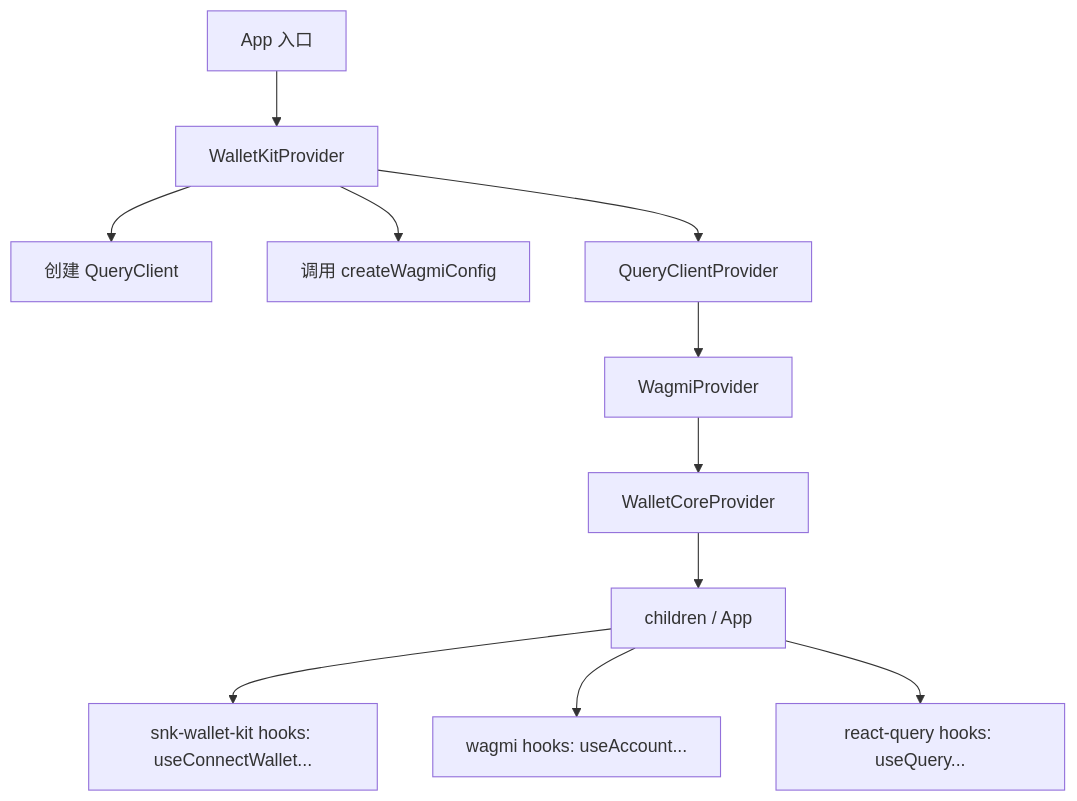
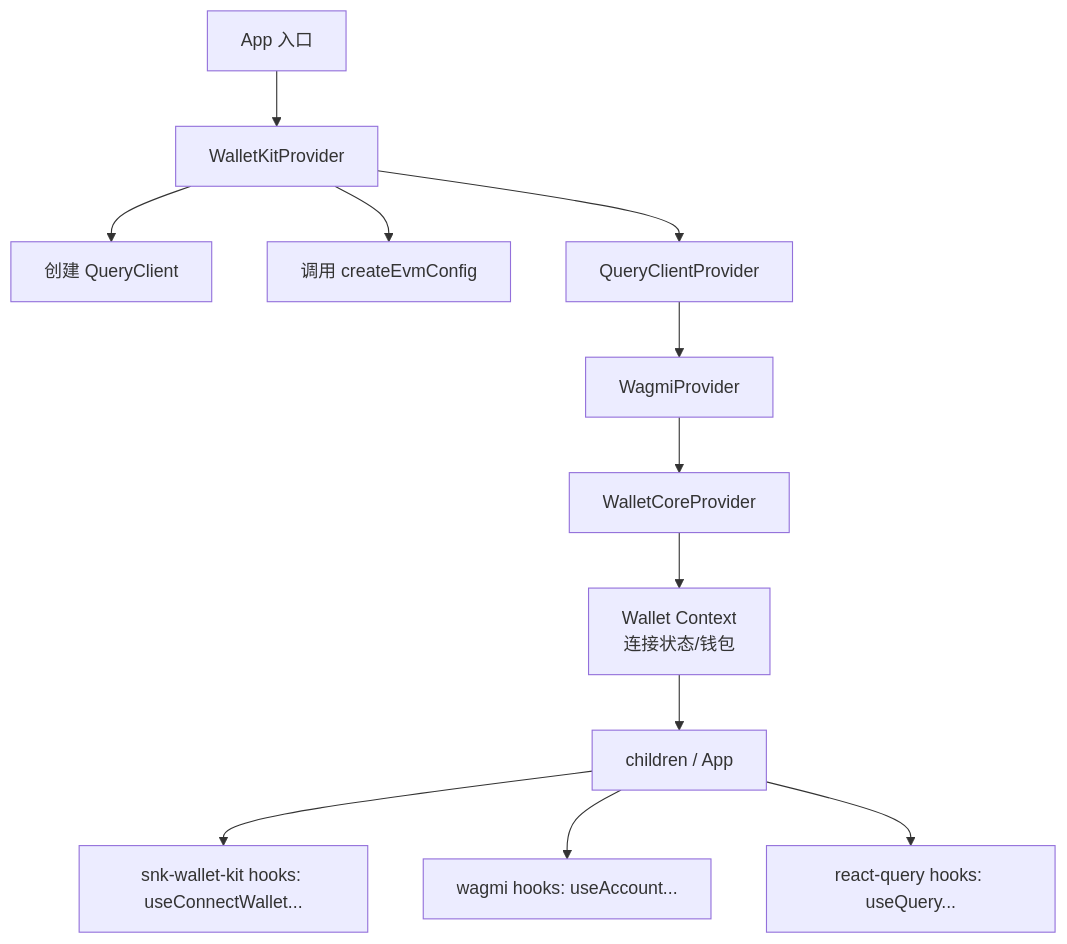
Before and after one commit to 0xSnickers/snk-wallet-kit: the first of 2 diagrams in docs/fix-bug/5-15.md, drawn with Mermaid. The commit also changed other lines of this file, not shown here.

````diff
--- a/docs/fix-bug/5-15.md
+++ b/docs/fix-bug/5-15.md
@@ -65,13 +134,14 @@
 ```mermaid
 graph TD
     A[App 入口] --> B[WalletKitProvider]
     B --> C[创建 QueryClient]
-    B --> D[调用 createWagmiConfig]
+    B --> D[调用 createEvmConfig]
     B --> E[QueryClientProvider]
     E --> F[WagmiProvider]
     F --> G[WalletCoreProvider]
-    G --> H[children / App]
-    H --> I[snk-wallet-kit hooks: useConnectWallet...]
-    H --> J[wagmi hooks: useAccount...]
-    H --> K[react-query hooks: useQuery...]
+    G --> H[Wallet Context<br/>连接状态/钱包]
+    H --> I[children / App]
+    I --> J[snk-wallet-kit hooks: useConnectWallet...]
+    I --> K[wagmi hooks: useAccount...]
+    I --> L[react-query hooks: useQuery...]
 ```
````
